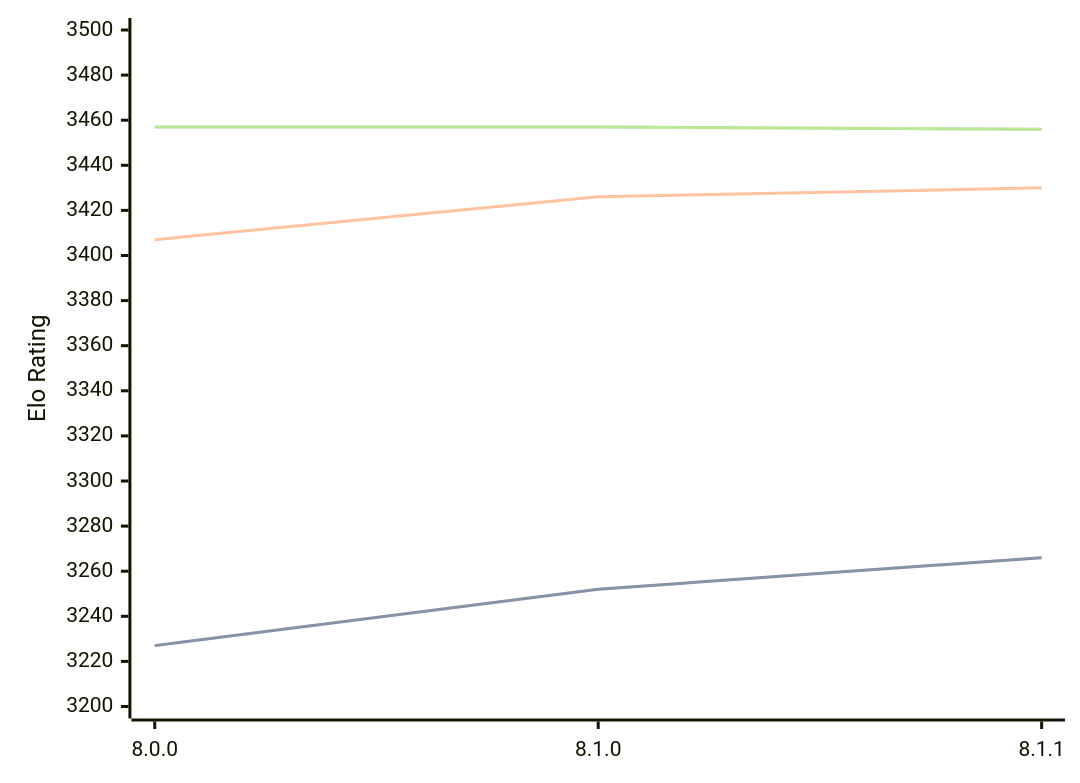
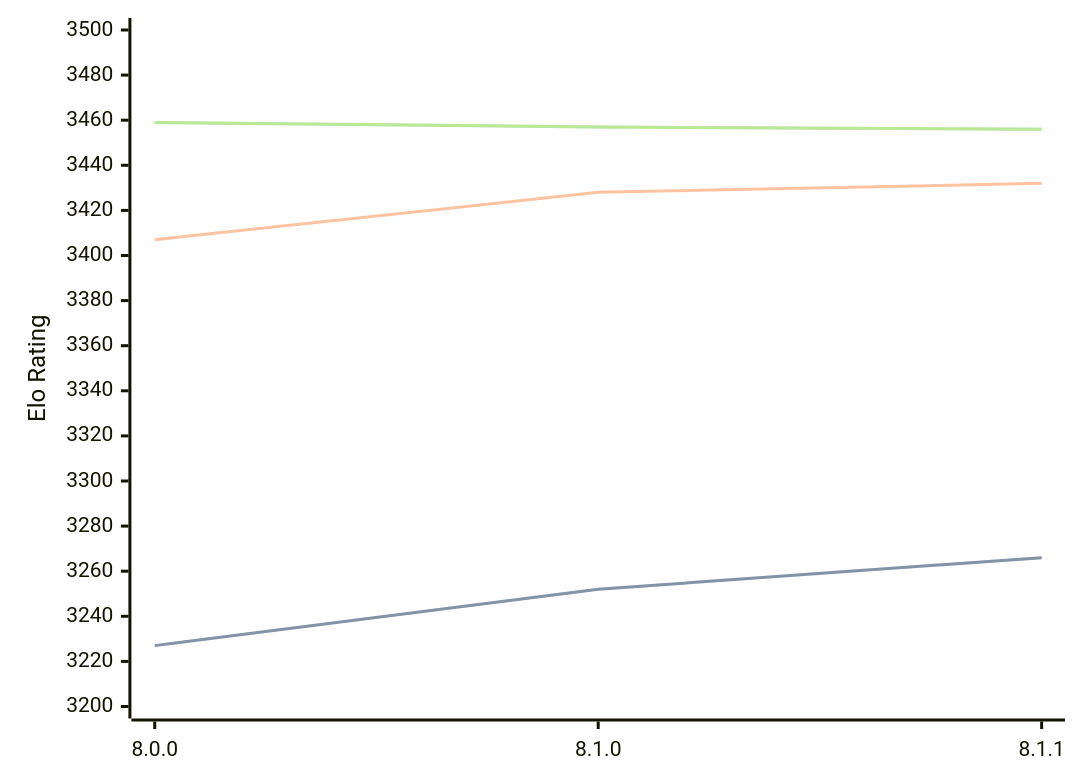
Before and after one commit to computer-chess-index/cci: the first of 3 diagrams in engines/Velvet.md, drawn with Mermaid. The commit also changed other lines of this file, not shown here.

Commit message:
Update CCI Ratings (ELO VLTC) - 2026-07-18

````diff
--- a/engines/Velvet.md
+++ b/engines/Velvet.md
@@ -57,11 +57,11 @@
 ```mermaid
 %%{init: {"theme":"base","themeVariables":{"seriesColors:['#a3a3a3','#222221','#faa371']}}}%%
 xychart-beta
   x-axis ["8.0.0", "8.1.0", "8.1.1"]
   y-axis "Elo Rating" 3200 --> 3500
   line "STC (8.0+0.08s)" [3227, 3252, 3266]
   line "STC (8.0+0.08s)" [3227, 3252, 3266]
-  line "LTC (60.0+0.60s)" [3407, 3426, 3430]
-  line "VLTC (2m24s+1.12s)" [3457, 3457, 3456]
-  line "VLTC (2m24s+1.12s)" [3457, 3457, 3456]
+  line "LTC (60.0+0.60s)" [3407, 3428, 3432]
+  line "VLTC (2m24s+1.12s)" [3459, 3457, 3456]
+  line "VLTC (2m24s+1.12s)" [3459, 3457, 3456]
 ```
````
